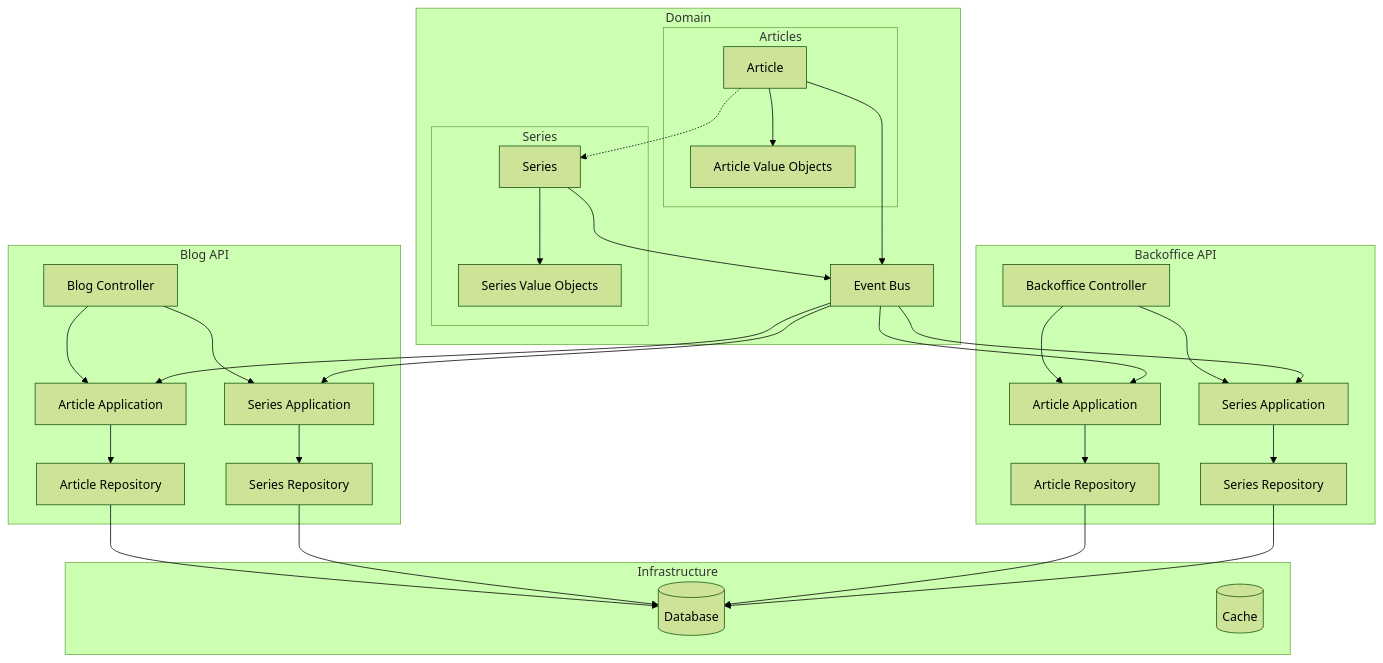
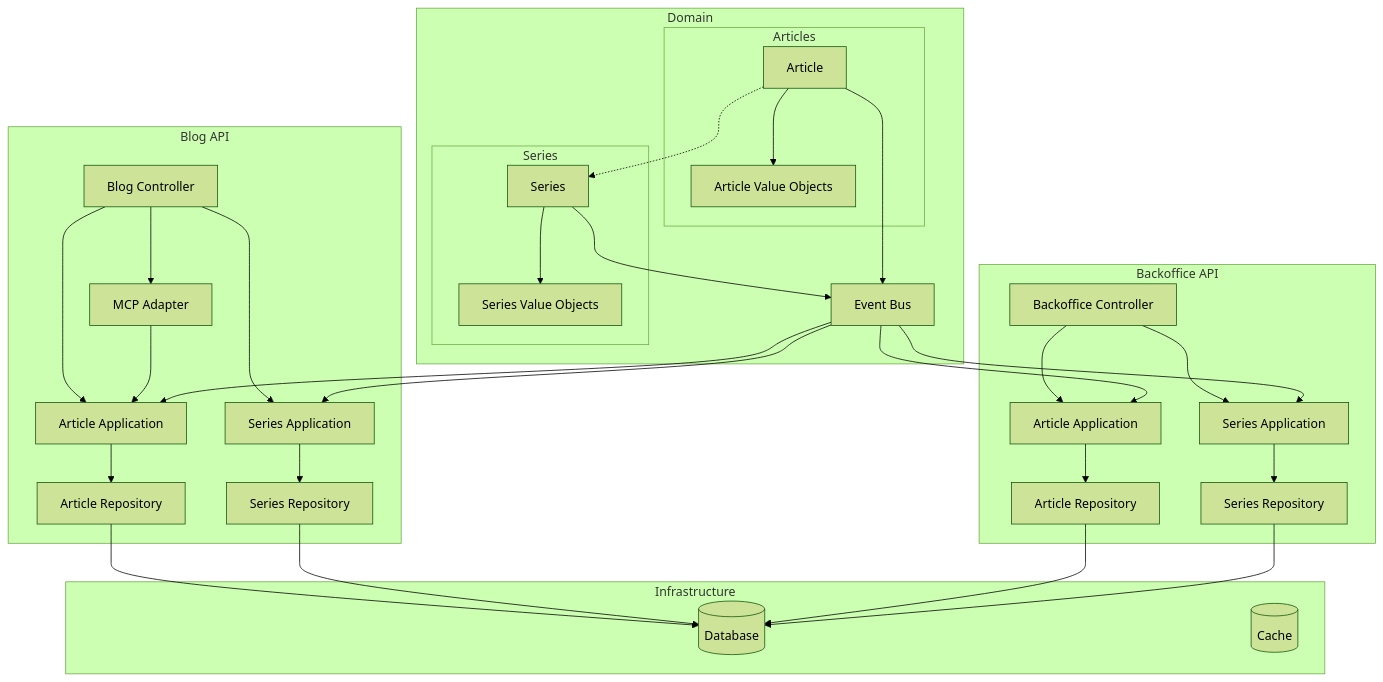
Before and after one commit to pertutatis/personal-web-backend: the first of 2 diagrams in docs/memory-bank/systemPatterns.md, drawn with Mermaid (forest theme). The commit also changed other lines of this file and 30 other files, not shown here.

````diff
--- a/docs/memory-bank/systemPatterns.md
+++ b/docs/memory-bank/systemPatterns.md
@@ -10,63 +11,66 @@
 ```mermaid
 graph TD
     subgraph Blog API
         BC[Blog Controller]
         BAC[Article Application]
         BSC[Series Application]
         BAR[Article Repository]
         BSR[Series Repository]
+        MCP[MCP Adapter]
     end
 
     subgraph Backoffice API
         BOC[Backoffice Controller]
         BOAC[Article Application]
         BOSC[Series Application]
         BOAR[Article Repository]
         BOSR[Series Repository]
     end
 
     subgraph Domain
         subgraph Articles
             A[Article]
             VOA[Article Value Objects]
         end
 
         subgraph Series
             S[Series]
             VOS[Series Value Objects]
         end
 
         EB[Event Bus]
     end
 
     subgraph Infrastructure
         DB[(Database)]
         Cache[(Cache)]
     end
 
     A --> VOA
     S --> VOS
     A -.-> S
 
     BC --> BAC
     BC --> BSC
     BAC --> BAR
     BSC --> BSR
+    BC --> MCP
+    MCP --> BAC
 
     BOC --> BOAC
     BOC --> BOSC
     BOAC --> BOAR
     BOSC --> BOSR
 
     BAR --> DB
     BSR --> DB
     BOAR --> DB
     BOSR --> DB
 
     A --> EB
     S --> EB
     EB --> BAC
     EB --> BSC
     EB --> BOAC
     EB --> BOSC
 ```
````
